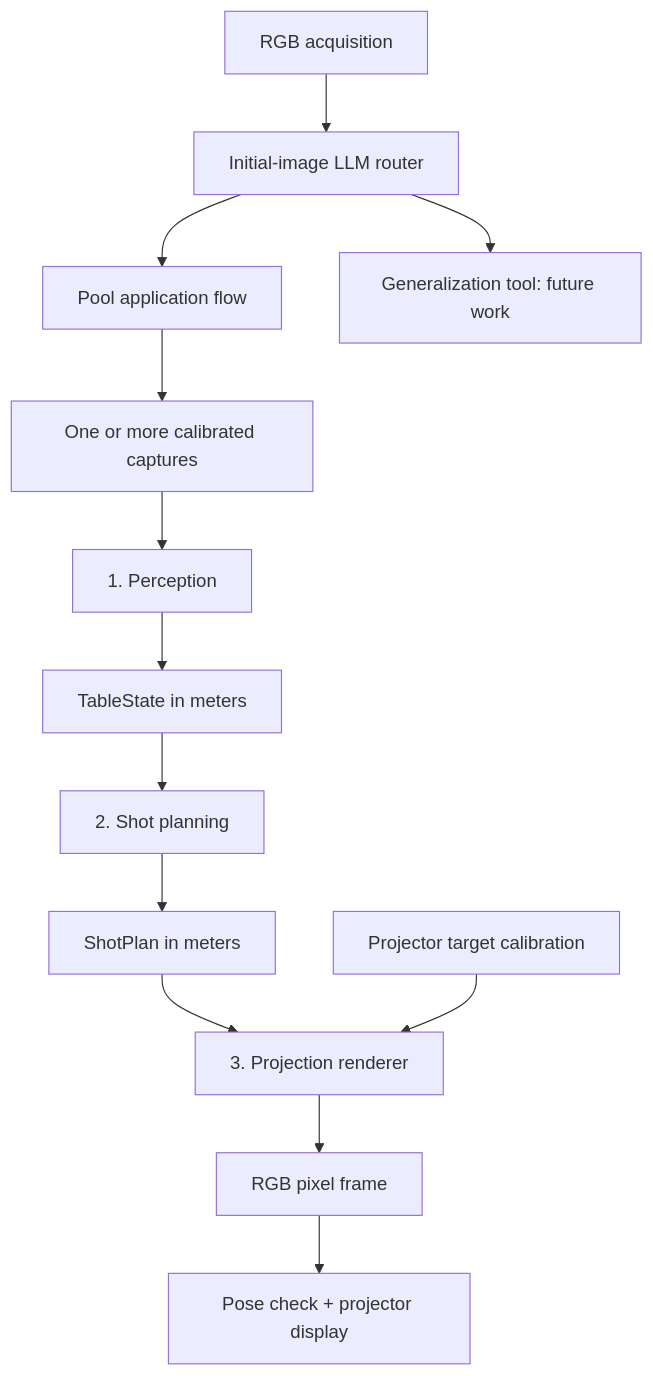
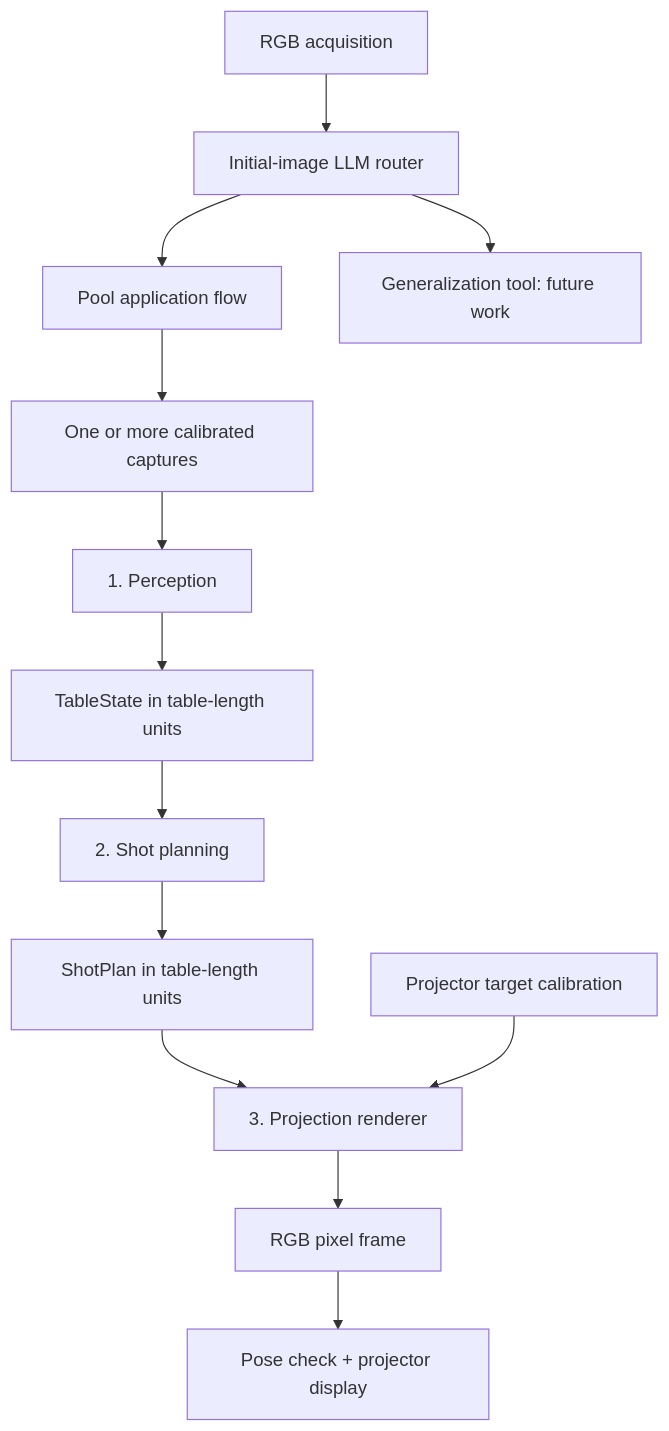
Before and after one commit to Johannestampere/HackTheNorth2026: the diagram in docs/architecture.md, drawn with Mermaid. The commit also changed 24 other files, not shown here.

First line of the commit message:
feat!: normalize pool geometry to table-length units

````diff
--- a/docs/architecture.md
+++ b/docs/architecture.md
@@ -13,15 +13,15 @@
 ```mermaid
 flowchart TD
     Camera[RGB acquisition] --> Router[Initial-image LLM router]
     Router --> Pool[Pool application flow]
     Router --> General[Generalization tool: future work]
     Pool --> Captures[One or more calibrated captures]
     Captures --> Perception[1. Perception]
-    Perception --> State[TableState in meters]
+    Perception --> State[TableState in table-length units]
     State --> Planner[2. Shot planning]
-    Planner --> Plan[ShotPlan in meters]
+    Planner --> Plan[ShotPlan in table-length units]
     Plan --> Renderer[3. Projection renderer]
     Calibration[Projector target calibration] --> Renderer
     Renderer --> Frame[RGB pixel frame]
     Frame --> Hardware[Pose check + projector display]
 ```
````
